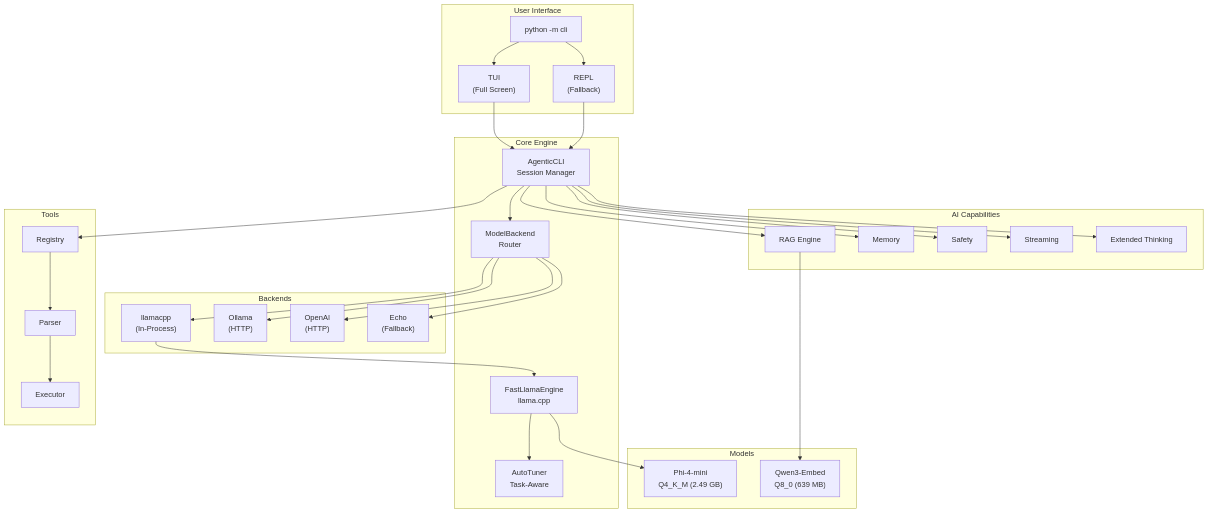
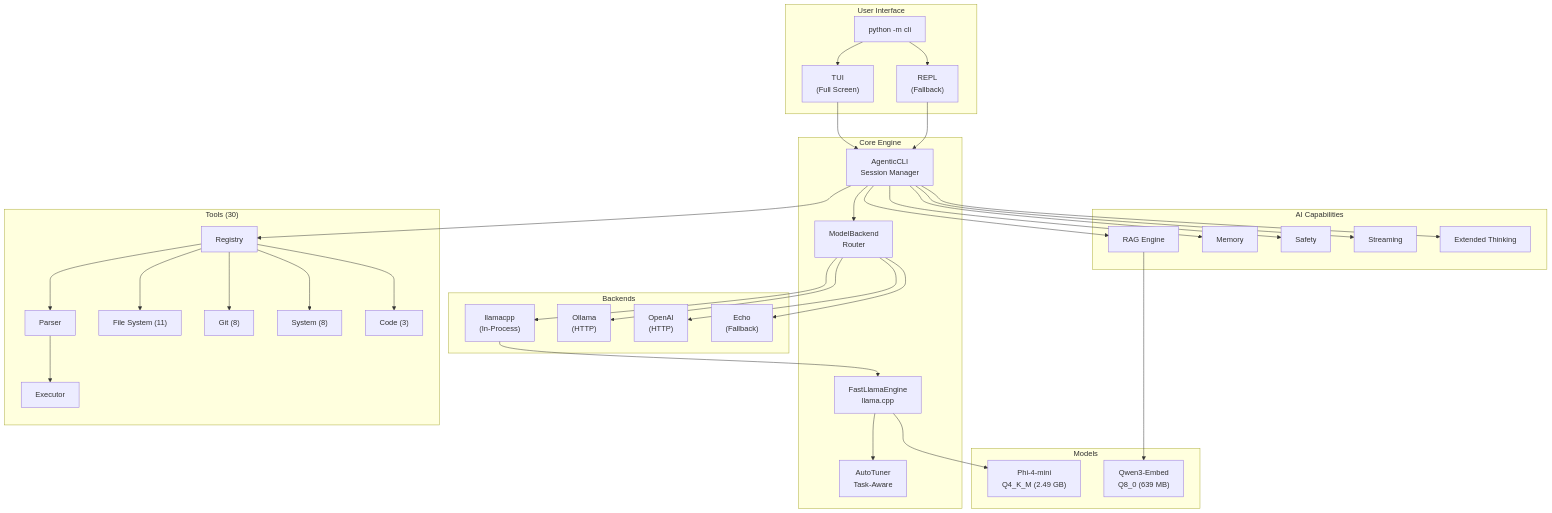
The first of 9 diagrams in README.md (rbkhan007/Photato-Phi-3-Custom-Model), drawn with Mermaid before and after one commit. The commit also changed other lines of this file, not shown here.

````diff
--- a/README.md
+++ b/README.md
@@ -38,53 +40,58 @@
 ```mermaid
 graph TB
     subgraph "User Interface"
         CLI["python -m cli"]
         TUI["TUI<br/>(Full Screen)"]
         REPL["REPL<br/>(Fallback)"]
     end
 
     subgraph "Core Engine"
         AG["AgenticCLI<br/>Session Manager"]
         MB["ModelBackend<br/>Router"]
         LE["FastLlamaEngine<br/>llama.cpp"]
         AT["AutoTuner<br/>Task-Aware"]
     end
 
     subgraph "Backends"
         LC["llamacpp<br/>(In-Process)"]
         OC["Ollama<br/>(HTTP)"]
         OA["OpenAI<br/>(HTTP)"]
         EB["Echo<br/>(Fallback)"]
     end
 
     subgraph "AI Capabilities"
         RAG["RAG Engine"]
         MEM["Memory"]
         SAFETY["Safety"]
         STREAM["Streaming"]
         COT["Extended Thinking"]
     end
 
-    subgraph "Tools"
+    subgraph "Tools (30)"
         TR["Registry"]
         TP["Parser"]
         TE["Executor"]
+        T1["File System (11)"]
+        T2["Git (8)"]
+        T3["System (8)"]
+        T4["Code (3)"]
     end
 
     subgraph "Models"
         PHI4["Phi-4-mini<br/>Q4_K_M (2.49 GB)"]
         QWEN["Qwen3-Embed<br/>Q8_0 (639 MB)"]
     end
 
     CLI --> TUI & REPL
     TUI & REPL --> AG
     AG --> MB
     MB --> LC & OC & OA & EB
     LC --> LE
     LE --> AT
     LE --> PHI4
     RAG --> QWEN
     AG --> RAG & MEM & SAFETY & STREAM & COT
     AG --> TR
     TR --> TP --> TE
+    TR --> T1 & T2 & T3 & T4
 ```
````
